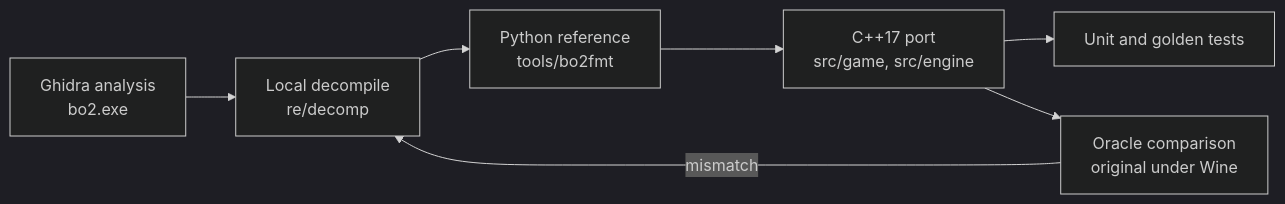
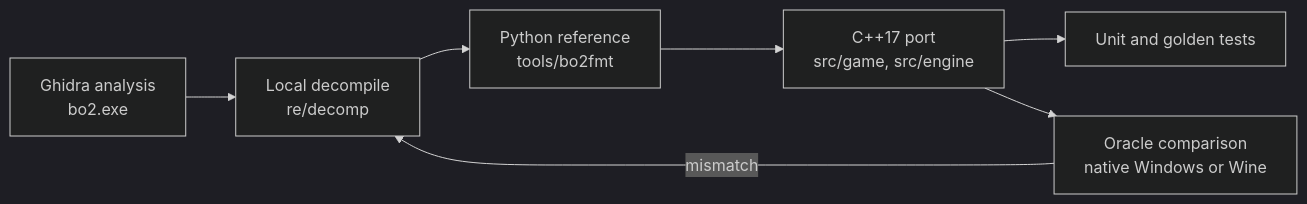
Before and after one commit to felipesuarez-dev/BloodOmen2NX: the second of 2 diagrams in README.md, drawn with Mermaid (dark theme). The commit also changed other lines of this file and 6 other files, not shown here.

First line of the commit message:
docs(oracle): document the native Windows capture harness

````diff
--- a/README.md
+++ b/README.md
@@ -188,9 +188,9 @@
 ```mermaid
 flowchart LR
     A[Ghidra analysis<br/>bo2.exe] --> B[Local decompile<br/>re/decomp]
     B --> C[Python reference<br/>tools/bo2fmt]
     C --> D[C++17 port<br/>src/game, src/engine]
     D --> E[Unit and golden tests]
-    D --> F[Oracle comparison<br/>original under Wine]
+    D --> F[Oracle comparison<br/>native Windows or Wine]
     F -->|mismatch| B
 ```
````
